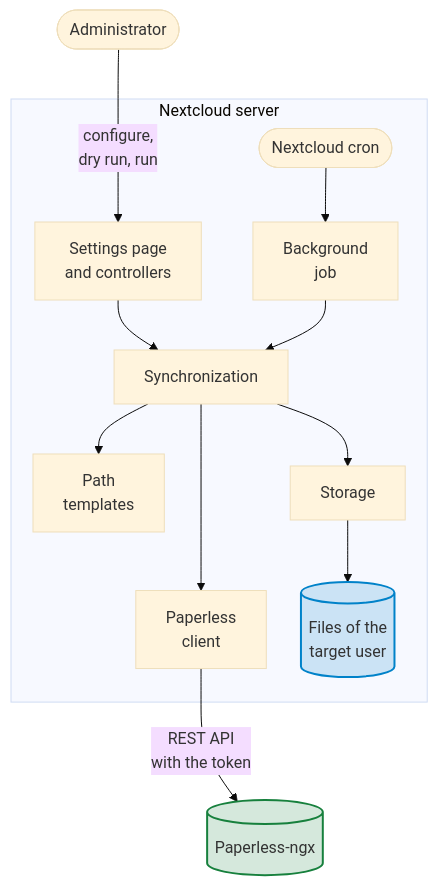
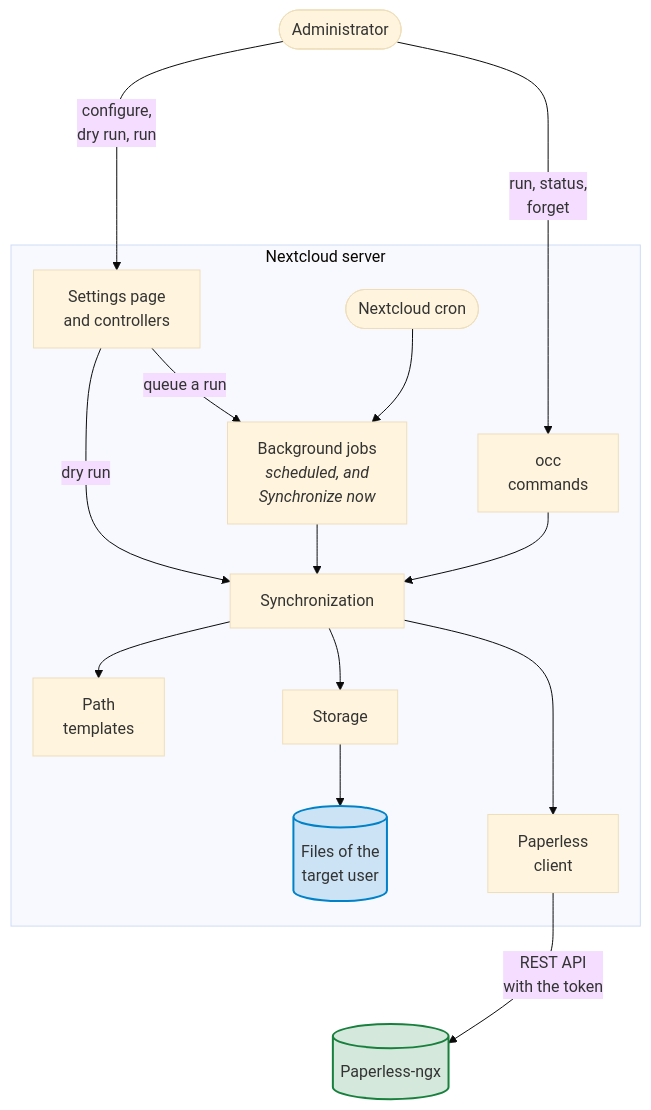
Before and after one commit to Dennis-Otto/paperless-sync: the diagram in docs/diagrams/how-a-run-starts-and-what-it-reaches.mmd, drawn with Mermaid (base theme). The commit also changed 63 other files, not shown here.

First line of the commit message:
feat: occ commands and 'Synchronize now' as a background job (#171)

```diff
--- a/docs/diagrams/how-a-run-starts-and-what-it-reaches.mmd
+++ b/docs/diagrams/how-a-run-starts-and-what-it-reaches.mmd
@@ -1,36 +1,40 @@
 ---
 config:
   flowchart:
     nodeSpacing: 24
 ---
 flowchart TB
     accTitle: How a run starts and what it reaches
-    accDescr: An administrator configures the app, starts a dry run or a run on the settings page, whose controllers start the synchronization. Nextcloud's cron starts the background job, which starts the synchronization as well. The synchronization builds the path of every document with the path templates, reads Paperless-ngx through the Paperless client, which calls its REST API with the token, and writes the files of the target user through the storage. Everything but the administrator and Paperless-ngx runs inside the Nextcloud server.
+    accDescr: An administrator configures the app and starts a dry run on the settings page, whose controllers start the synchronization, or a run, which the controllers queue as a background job. Nextcloud's cron starts the scheduled background job and the queued one, which start the synchronization as well. On the server, the administrator starts runs with the occ commands. The synchronization builds the path of every document with the path templates, reads Paperless-ngx through the Paperless client, which calls its REST API with the token, and writes the files of the target user through the storage. Everything but the administrator and Paperless-ngx runs inside the Nextcloud server.
 
     admin(["Administrator"])
     subgraph nextcloud ["Nextcloud server"]
         settings["Settings page<br>and controllers"]
+        commands["occ<br>commands"]
         cron(["Nextcloud cron"])
-        job["Background<br>job"]
+        job["`Background jobs<br>*scheduled, and<br>Synchronize now*`"]
         sync["Synchronization"]
         template["Path<br>templates"]
         storage["Storage"]
         client["Paperless<br>client"]
         files[("Files of the<br>target user")]
     end
     paperless[("Paperless-ngx")]
 
     admin -- "configure,<br>dry run, run" ---> settings
+    admin -- "run, status,<br>forget" ---> commands
     cron --> job
-    settings --> sync
+    settings -- "dry run" --> sync
+    settings -- "queue a run" --> job
+    commands --> sync
     job --> sync
     sync --> template & storage & client
     storage --> files
     client -- "REST API<br>with the token" --> paperless
     %% An invisible link draws Paperless-ngx below the Nextcloud server, not beside it.
     files ~~~ paperless
 
     classDef paperless fill:#17803d2e,stroke:#17803d,stroke-width:2px
     classDef nextcloud fill:#0082c92e,stroke:#0082c9,stroke-width:2px
     class paperless paperless
     class files nextcloud
```
